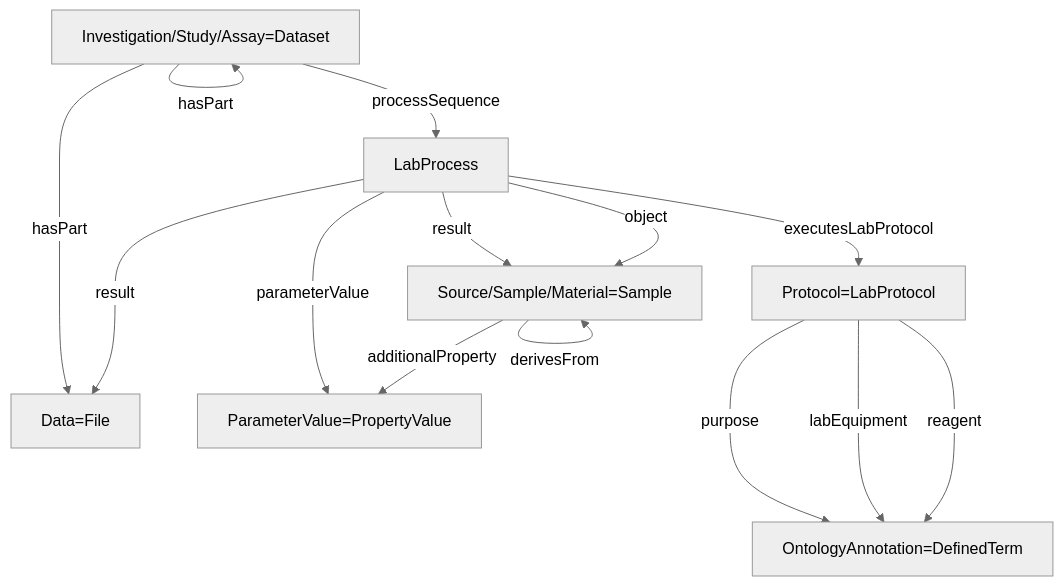
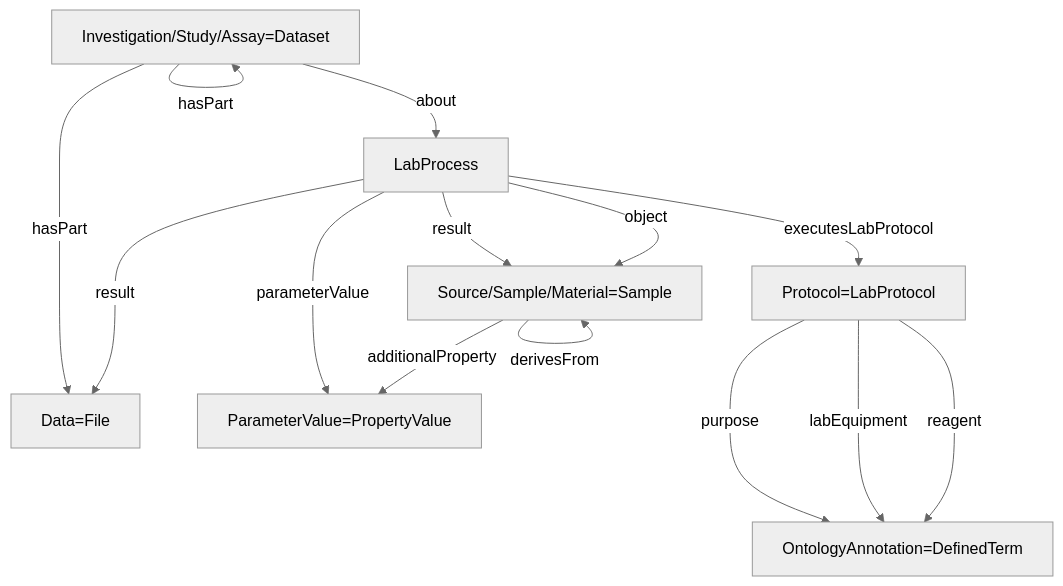
Before and after one commit to nfdi4plants/arc-ro-crate-profile: the diagram in docs/profiles/0.1/isa_ro_crate/index.md, drawn with Mermaid (neutral theme).

Commit message:
minor change in isa profile

````diff
--- a/docs/profiles/0.1/isa_ro_crate/index.md
+++ b/docs/profiles/0.1/isa_ro_crate/index.md
@@ -67,35 +67,35 @@
 ```mermaid
 flowchart TD
 
 dataset[Investigation/Study/Assay=Dataset]
 
 Process[LabProcess]
 
 Protocol[Protocol=LabProtocol]
 
 BioSample[Source/Sample/Material=Sample]
 
 DataFile[Data=File]
 
 ont[OntologyAnnotation=DefinedTerm]
 
 prop[ParameterValue=PropertyValue]
 
 dataset --hasPart--> dataset
 dataset --hasPart----> DataFile
-dataset --processSequence--> Process
+dataset --about--> Process
 
 Process --"result"---> DataFile
 Process --"result"--> BioSample
 Process --"object"--> BioSample
 Process --executesLabProtocol--> Protocol
 Process --parameterValue---> prop
 
 BioSample --derivesFrom--> BioSample
 BioSample --additionalProperty--> prop
 
 Protocol --purpose---> ont
 Protocol --labEquipment---> ont
 Protocol --reagent---> ont
 
 ```
````
